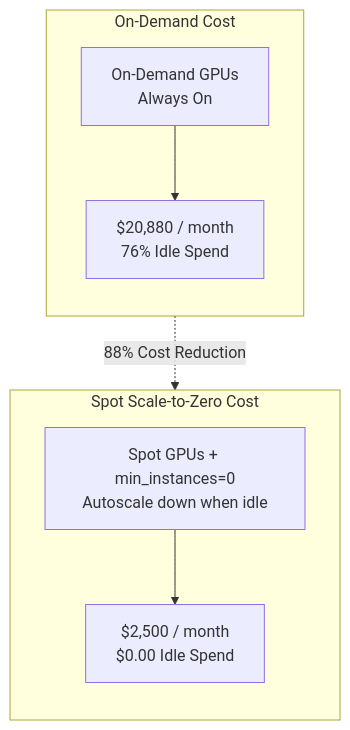
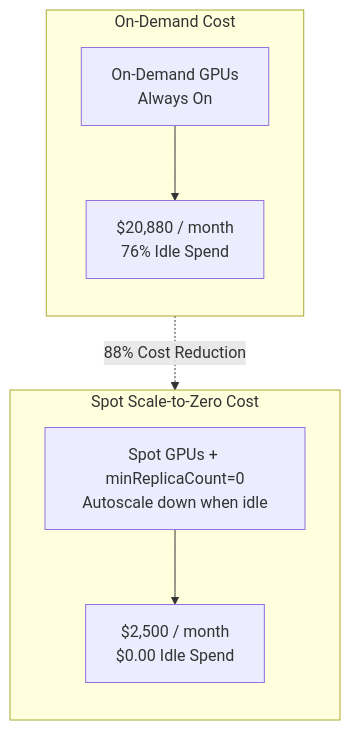
One commit to dambor/workshop-platform changed the fourth of 5 diagrams in public/workshops/workshop-quantscale.md. Above: the diagram before and after it, drawn with Mermaid. The commit also changed other lines of this file and 3 other files, not shown here.

````diff
--- a/public/workshops/workshop-quantscale.md
+++ b/public/workshops/workshop-quantscale.md
@@ -443,14 +418,14 @@
 ```mermaid
 graph TD
     subgraph On-Demand Cost
         direction TB
-        OD[On-Demand GPUs\nAlways On] --> OD_Cost["$20,880 / month\n76% Idle Spend"]
+        OD[On-Demand GPUs<br/>Always On] --> OD_Cost["$20,880 / month<br/>76% Idle Spend"]
     end
     
     subgraph Spot Scale-to-Zero Cost
         direction TB
-        SZ[Spot GPUs + min_instances=0\nAutoscale down when idle] --> SZ_Cost["$2,500 / month\n$0.00 Idle Spend"]
+        SZ[Spot GPUs + minReplicaCount=0<br/>Autoscale down when idle] --> SZ_Cost["$2,500 / month<br/>$0.00 Idle Spend"]
     end
     
     OD_Cost -.->|88% Cost Reduction| SZ_Cost
 ```
````
